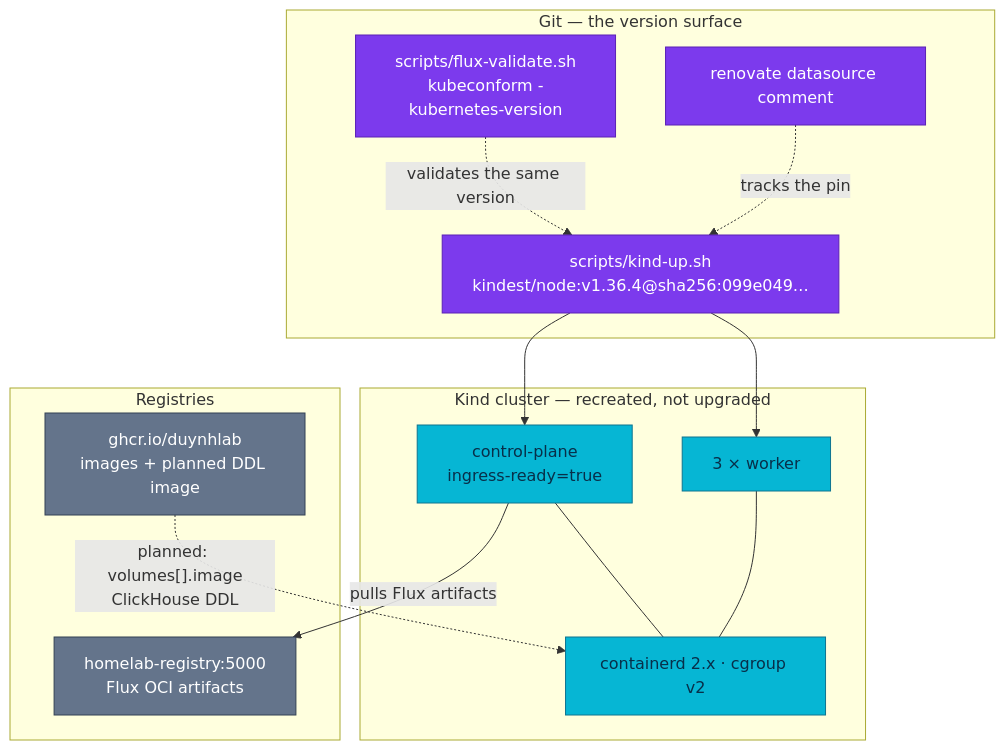
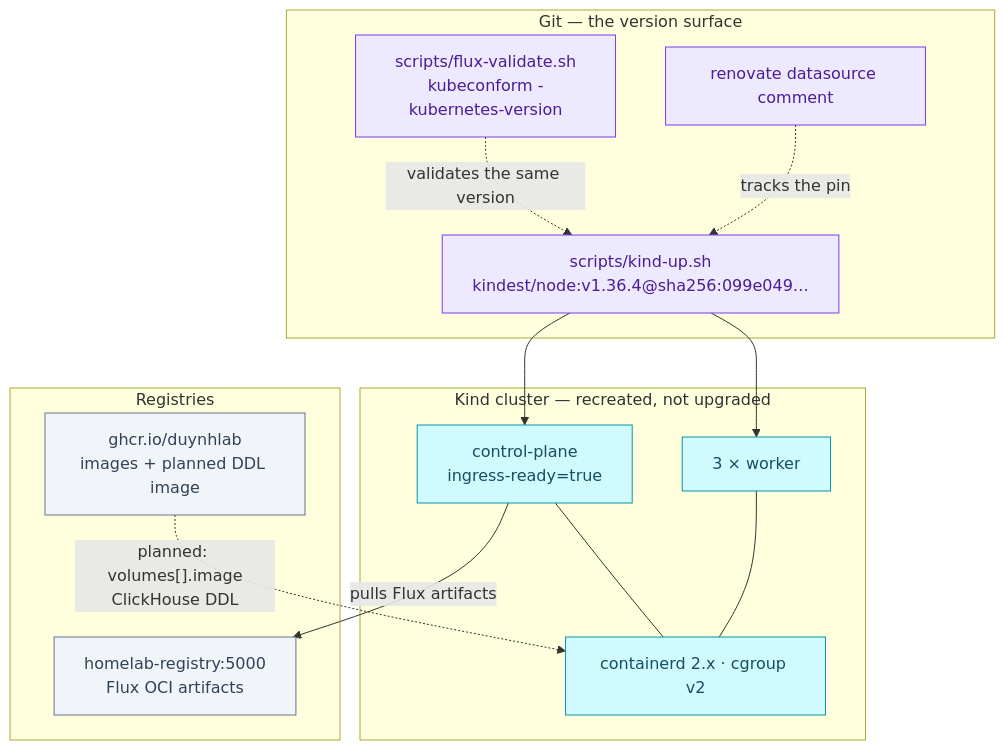
One commit to duynhlab/homelab changed the diagram in docs/proposals/rfc/RFC-0032/README.md. Above: the diagram before and after it, drawn with Mermaid. The commit also changed 174 other files, not shown here.

First line of the commit message:
Soft-tint diagram palette, a signal-flow diagram, a Linux-ready Draw.io skill

````diff
--- a/docs/proposals/rfc/RFC-0032/README.md
+++ b/docs/proposals/rfc/RFC-0032/README.md
@@ -237,36 +237,36 @@
 ```mermaid
 flowchart TD
     subgraph Git["Git — the version surface"]
         Val["scripts/flux-validate.sh<br/>kubeconform -kubernetes-version"]
         Ren["renovate datasource comment"]
         Kind["scripts/kind-up.sh<br/>kindest/node:v1.36.4@sha256:099e049…"]
     end
 
     subgraph Cluster["Kind cluster — recreated, not upgraded"]
         CP["control-plane<br/>ingress-ready=true"]
         W["3 × worker"]
         CRI["containerd 2.x · cgroup v2"]
     end
 
     subgraph Reg["Registries"]
         Local["homelab-registry:5000<br/>Flux OCI artifacts"]
         GHCR["ghcr.io/duynhlab<br/>images + planned DDL image"]
     end
 
     Val -.->|"validates the same version"| Kind
     Ren -.->|"tracks the pin"| Kind
     Kind --> CP
     Kind --> W
     CP --- CRI
     W --- CRI
     CP -->|"pulls Flux artifacts"| Local
     GHCR -.->|"planned: volumes[].image<br/>ClickHouse DDL"| CRI
 
-    classDef platform fill:#7c3aed,color:#fff,stroke:#5b21b6;
-    classDef service fill:#06b6d4,color:#082f49,stroke:#0e7490;
-    classDef external fill:#64748b,color:#fff,stroke:#334155;
+    classDef platform fill:#ede9fe,color:#4c1d95,stroke:#7c3aed;
+    classDef service fill:#cffafe,color:#164e63,stroke:#0891b2;
+    classDef external fill:#f1f5f9,color:#334155,stroke:#64748b;
     classDef planned fill:#fff,color:#475569,stroke:#64748b,stroke-dasharray:5 5;
     class Kind,Val,Ren platform
     class CP,W,CRI service
     class Local,GHCR external
 ```
````
